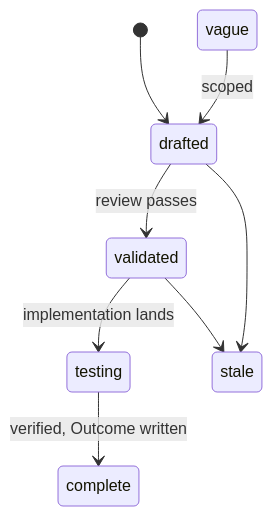
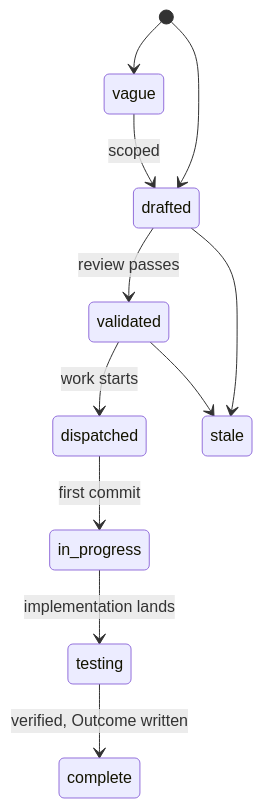
Before and after one commit to latere-ai/origo: the first of 2 diagrams in specs/README.md, drawn with Mermaid. The commit also changed other lines of this file and 5 other files, not shown here.

````diff
--- a/specs/README.md
+++ b/specs/README.md
@@ -19,10 +21,13 @@
 ```mermaid
 stateDiagram-v2
+  [*] --> vague
   [*] --> drafted
+  vague --> drafted: scoped
   drafted --> validated: review passes
-  validated --> testing: implementation lands
+  validated --> dispatched: work starts
+  dispatched --> in_progress: first commit
+  in_progress --> testing: implementation lands
   testing --> complete: verified, Outcome written
   drafted --> stale
   validated --> stale
-  vague --> drafted: scoped
 ```
````
